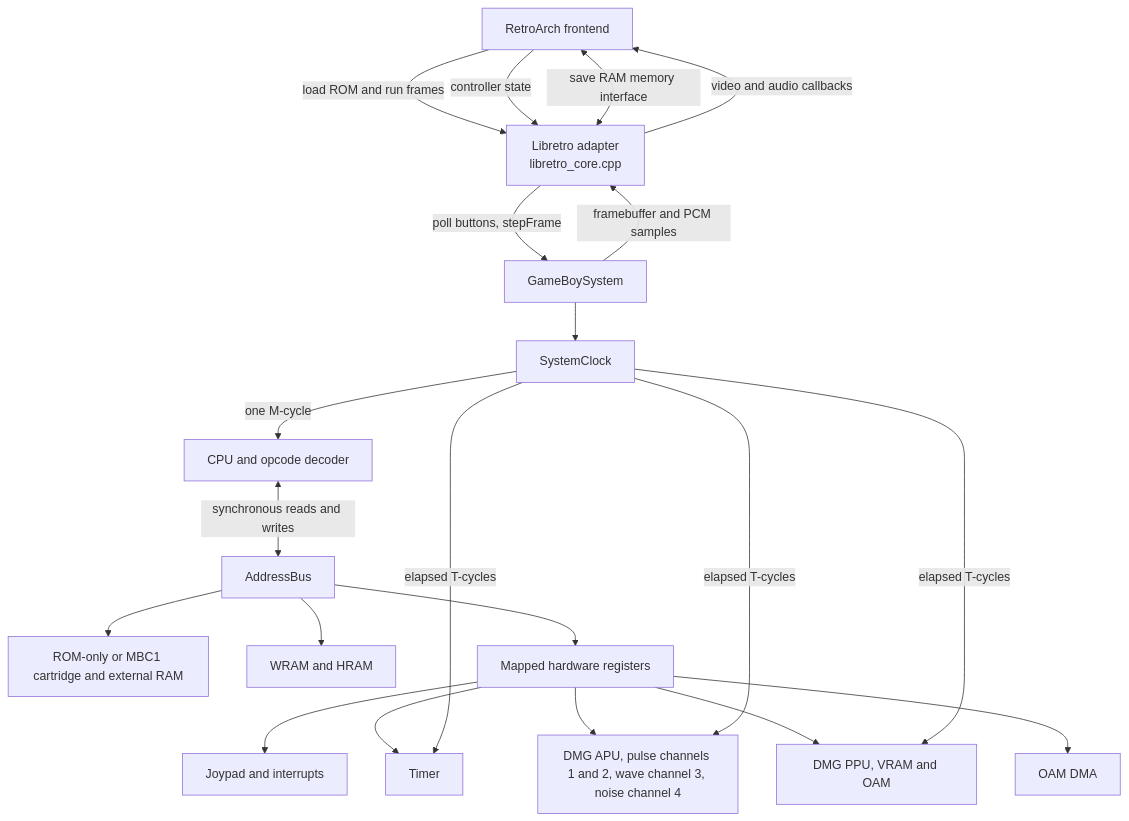
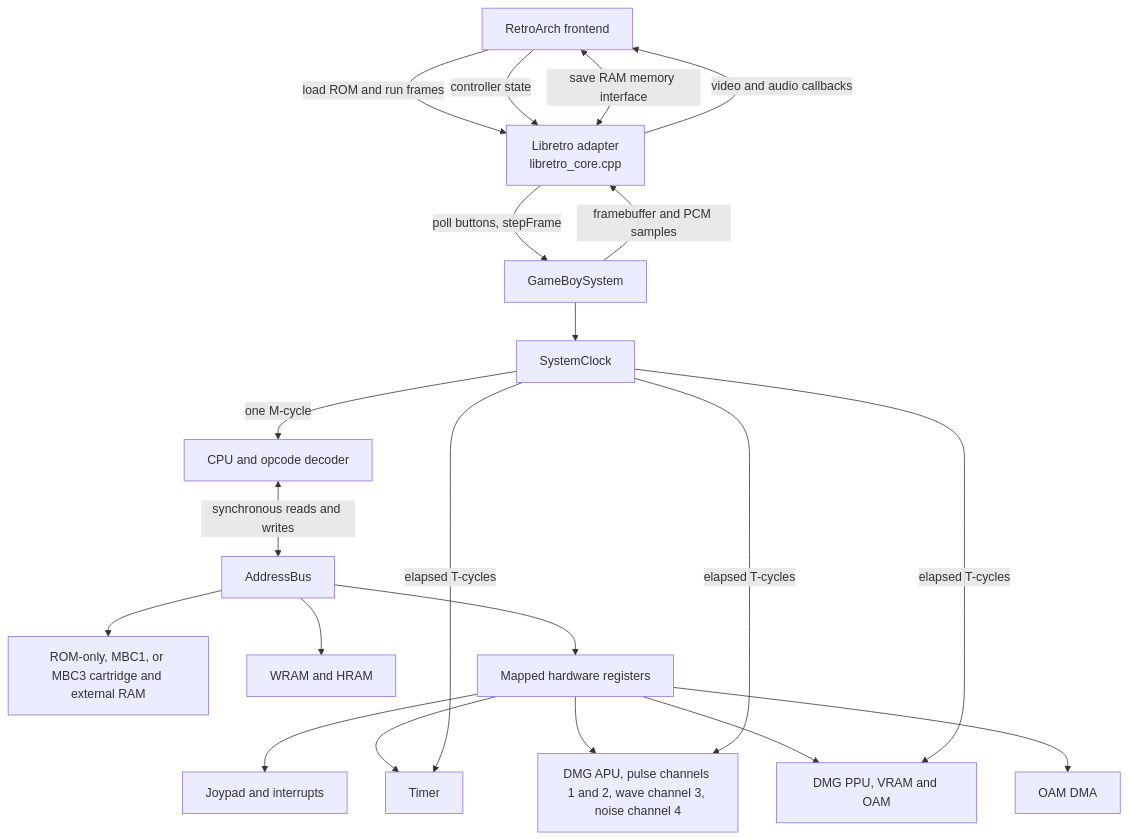
The diagram in docs/architecture.md (jiayeli-hualien/LotusGB), drawn with Mermaid before and after one commit. The commit also changed other lines of this file and 7 other files, not shown here.

Commit message:
Add MBC3 cartridge support

````diff
--- a/docs/architecture.md
+++ b/docs/architecture.md
@@ -13,27 +13,27 @@
 ```mermaid
 flowchart TD
     RA[RetroArch frontend] -->|load ROM and run frames| LR[Libretro adapter<br/>libretro_core.cpp]
     RA -->|controller state| LR
     LR -->|poll buttons, stepFrame| SYS[GameBoySystem]
 
     SYS --> CLOCK[SystemClock]
     CLOCK -->|one M-cycle| CPU[CPU and opcode decoder]
     CPU <-->|synchronous reads and writes| BUS[AddressBus]
 
-    BUS --> CART[ROM-only or MBC1 cartridge and external RAM]
+    BUS --> CART[ROM-only, MBC1, or MBC3 cartridge and external RAM]
     BUS --> RAM[WRAM and HRAM]
     BUS --> IO[Mapped hardware registers]
     IO --> JOY[Joypad and interrupts]
     IO --> TIMER[Timer]
     IO --> APU[DMG APU, pulse channels 1 and 2, wave channel 3, noise channel 4]
     IO --> PPU[DMG PPU, VRAM and OAM]
     IO --> DMA[OAM DMA]
 
     CLOCK -->|elapsed T-cycles| TIMER
     CLOCK -->|elapsed T-cycles| APU
     CLOCK -->|elapsed T-cycles| PPU
 
     SYS -->|framebuffer and PCM samples| LR
     RA <-->|save RAM memory interface| LR
     LR -->|video and audio callbacks| RA
 ```
````
